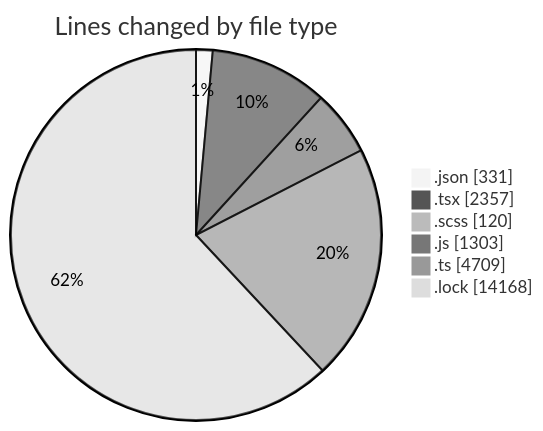
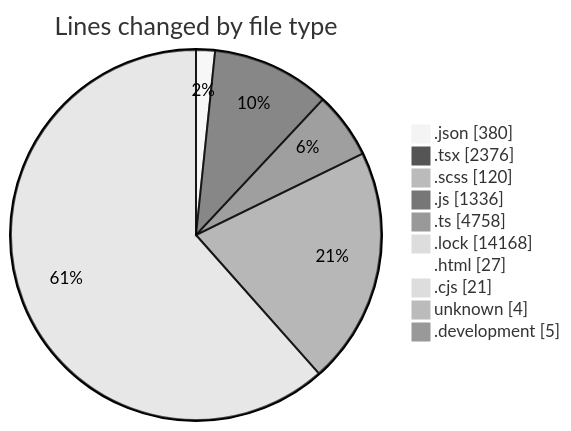
One commit to momahboobian/code-tracking changed the first of 2 diagrams in 2026-09-03/cda/README.md. Above: the diagram before and after it, drawn with Mermaid (neutral theme). The commit also changed other lines of this file and 1 other file, not shown here.

````diff
--- a/2026-09-03/cda/README.md
+++ b/2026-09-03/cda/README.md
@@ -49,10 +59,14 @@
 ```mermaid
 pie showData
 title Lines changed by file type
-".json" : 331
-".tsx" : 2357
+".json" : 380
+".tsx" : 2376
 ".scss" : 120
-".js" : 1303
-".ts" : 4709
+".js" : 1336
+".ts" : 4758
 ".lock" : 14168
+".html" : 27
+".cjs" : 21
+"unknown" : 4
+".development" : 5
 ```
````
